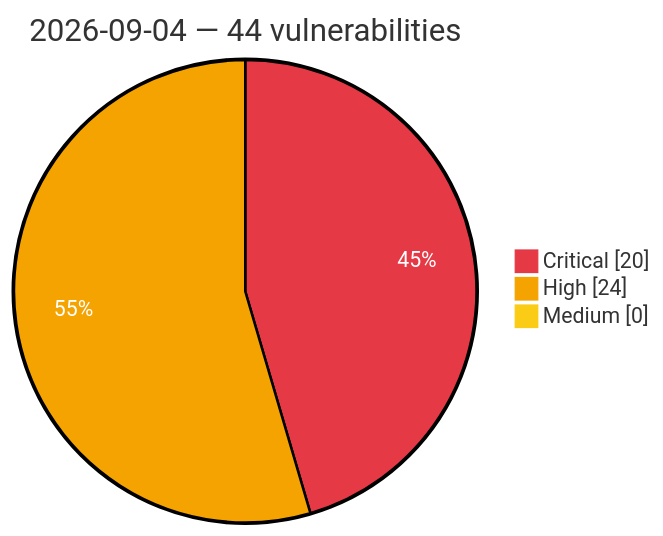
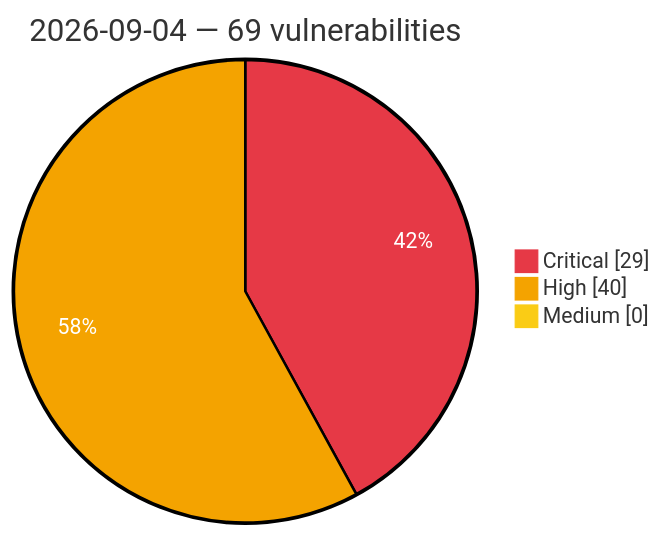
One commit to GhostX0X/vuln-tracker changed the diagram in vulnerabilities/2026/September/2026-09-04.md. Above: the diagram before and after it, drawn with Mermaid. The commit also changed other lines of this file and 5 other files, not shown here.

Commit message:
Auto update: critical/high vulns (2026-09-04 17:33 UTC)

````diff
--- a/vulnerabilities/2026/September/2026-09-04.md
+++ b/vulnerabilities/2026/September/2026-09-04.md
@@ -3,8 +3,8 @@
 ```mermaid
 %%{init: {'theme':'base', 'themeVariables': {'pie1':'#e63946', 'pie2':'#f4a300', 'pie3':'#facc15', 'pieOpacity':'1', 'pieOuterStrokeWidth':'2px', 'pieSectionTextColor':'#ffffff'}}}%%
 pie showData
-    title 2026-09-04 — 44 vulnerabilities
-    "Critical" : 20
-    "High" : 24
+    title 2026-09-04 — 69 vulnerabilities
+    "Critical" : 29
+    "High" : 40
     "Medium" : 0
 ```
````
